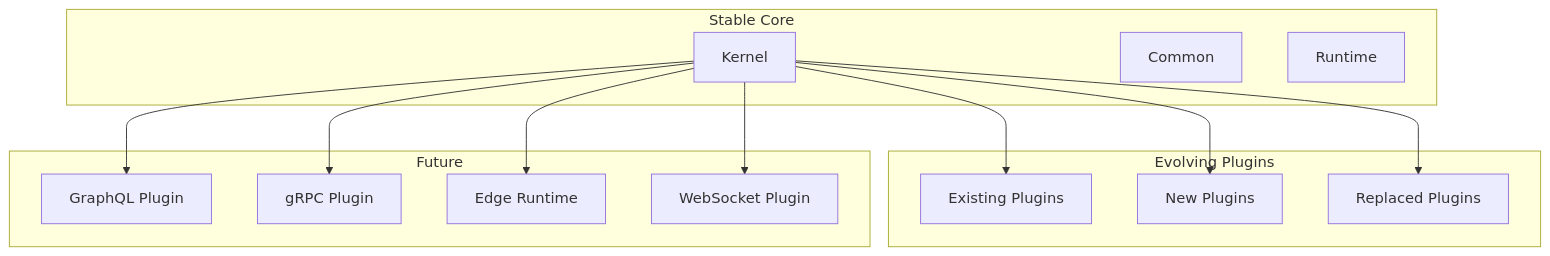
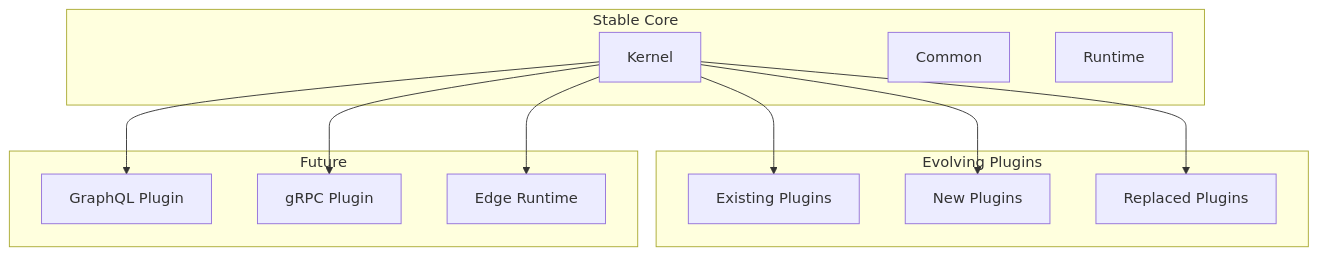
Diagram 18 of 18 in ARCHITECTURE.md (setu-ts/setu-ts), drawn with Mermaid before and after one commit. The commit also changed other lines of this file and 4 other files, not shown here.

First line of the commit message:
docs(m46): document the WebSocket plugin and flip milestone status

````diff
--- a/ARCHITECTURE.md
+++ b/ARCHITECTURE.md
@@ -2368,29 +2368,27 @@
 ```mermaid
 graph TB
     subgraph Stable Core
         Kernel[Kernel]
         Common[Common]
         Runtime[Runtime]
     end
 
     subgraph Evolving Plugins
         Existing[Existing Plugins]
         New[New Plugins]
         Replaced[Replaced Plugins]
     end
 
     subgraph Future
         GraphQL[GraphQL Plugin]
         gRPC[gRPC Plugin]
         Edge[Edge Runtime]
-        WebSocket[WebSocket Plugin]
     end
 
     Kernel --> Existing
     Kernel --> New
     Kernel --> Replaced
     Kernel --> GraphQL
     Kernel --> gRPC
     Kernel --> Edge
-    Kernel --> WebSocket
 ```
````
